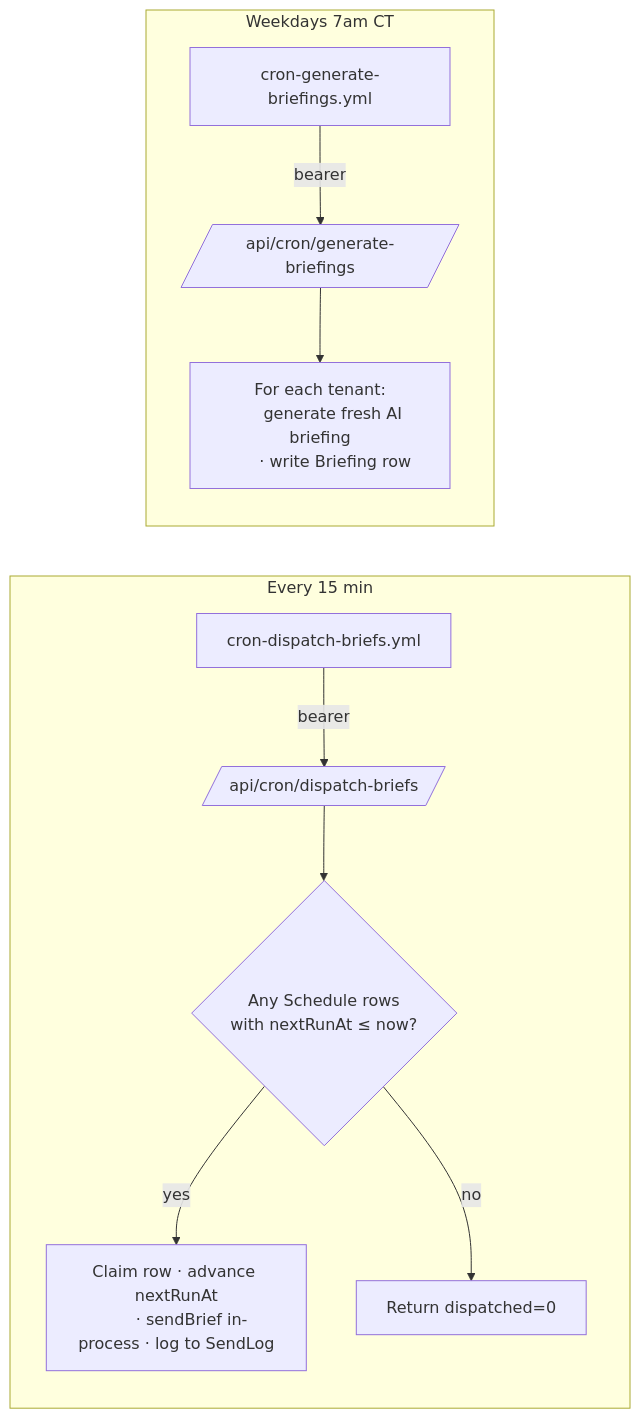
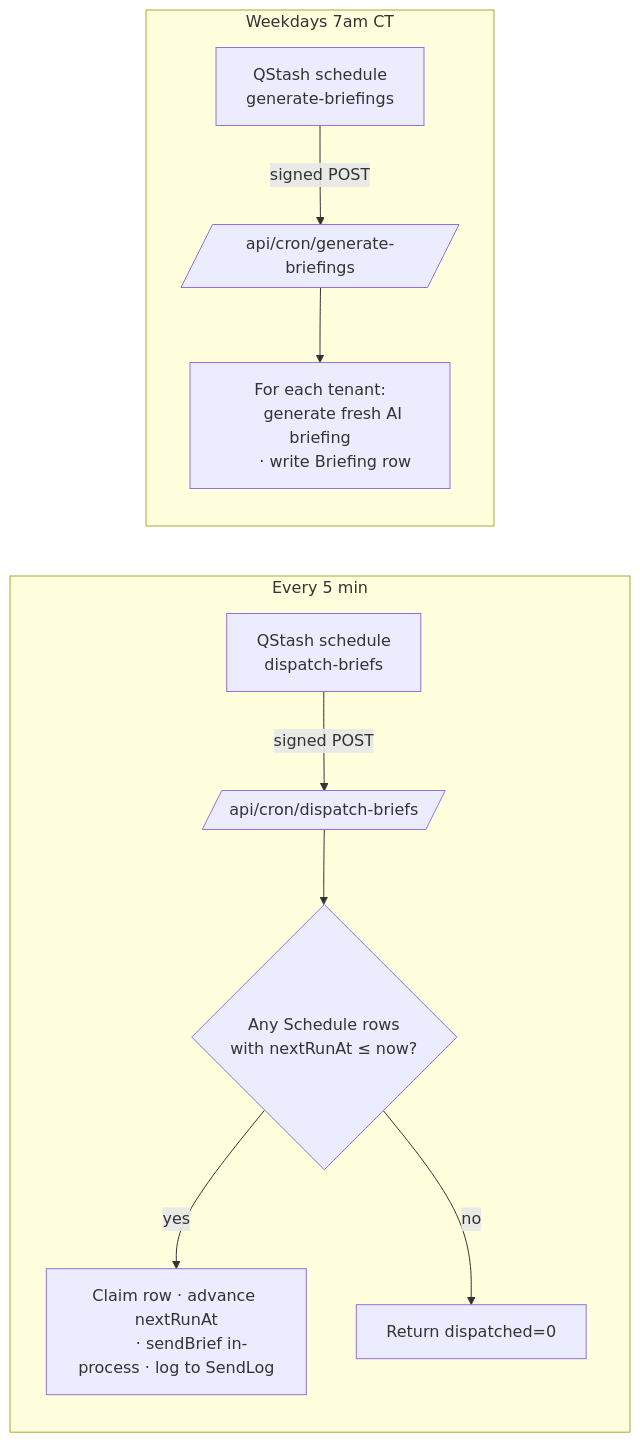
The third of 4 diagrams in docs/INFRASTRUCTURE.md (MakAnalyticsProjects/vera-mvp), drawn with Mermaid before and after one commit. The commit also changed other lines of this file and 8 other files, not shown here.

````diff
--- a/docs/INFRASTRUCTURE.md
+++ b/docs/INFRASTRUCTURE.md
@@ -194,18 +199,20 @@
 ```mermaid
 flowchart LR
-    subgraph "Every 15 min"
-      A[cron-dispatch-briefs.yml] -->|bearer| B[/api/cron/dispatch-briefs/]
+    subgraph "Every 5 min"
+      A[QStash schedule
+      dispatch-briefs] -->|signed POST| B[/api/cron/dispatch-briefs/]
       B --> C{Any Schedule rows
       with nextRunAt ≤ now?}
       C -->|yes| D[Claim row · advance nextRunAt
       · sendBrief in-process · log to SendLog]
       C -->|no| E[Return dispatched=0]
     end
 
     subgraph "Weekdays 7am CT"
-      F[cron-generate-briefings.yml] -->|bearer| G[/api/cron/generate-briefings/]
+      F[QStash schedule
+      generate-briefings] -->|signed POST| G[/api/cron/generate-briefings/]
       G --> H[For each tenant:
       generate fresh AI briefing
       · write Briefing row]
     end
 ```
````
